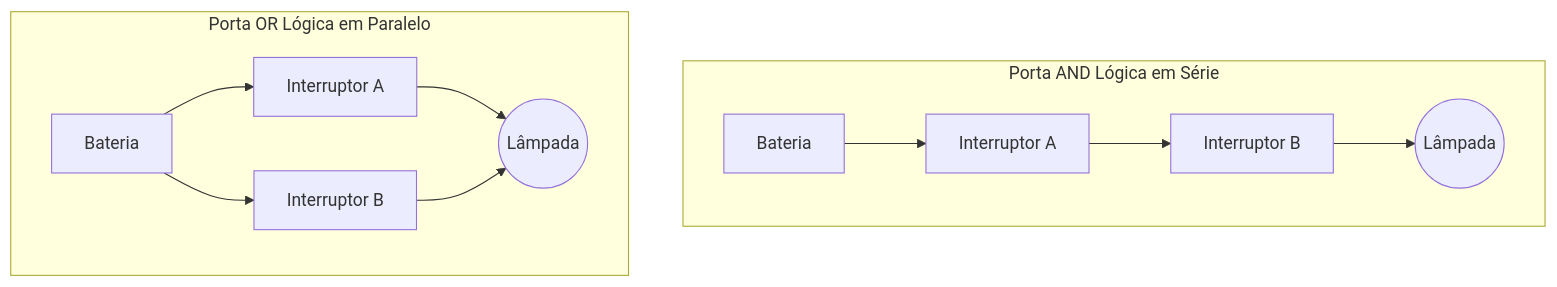
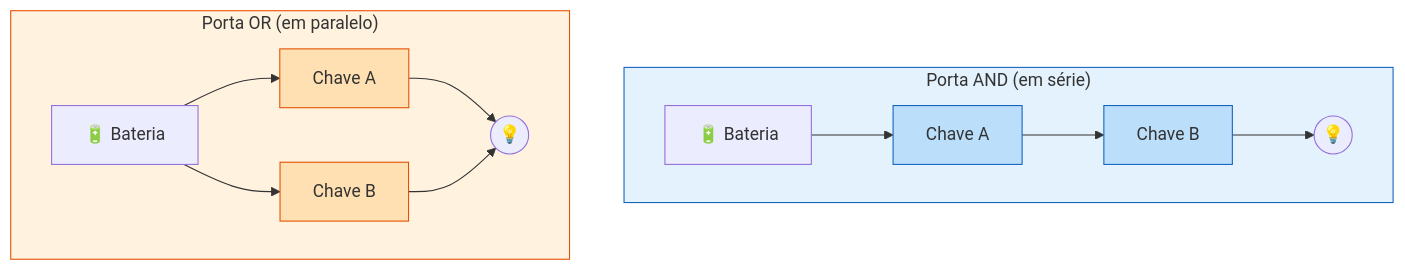
The fourth of 6 diagrams in blog/content/post/histComp02.md (scovl/scovl.github.io), drawn with Mermaid before and after one commit. The commit also changed other lines of this file and 98 other files, not shown here.

````diff
--- a/blog/content/post/histComp02.md
+++ b/blog/content/post/histComp02.md
@@ -73,16 +178,22 @@
 ```mermaid
-graph TD
-    subgraph Porta AND Lógica em Série
-    A1[Bateria] --> S1[Interruptor A]
-    S1 --> S2[Interruptor B]
-    S2 --> L1((Lâmpada))
-    end
-    
-    subgraph Porta OR Lógica em Paralelo
-    A2[Bateria] --> S3[Interruptor A]
-    A2 --> S4[Interruptor B]
-    S3 --> L2((Lâmpada))
-    S4 --> L2
+flowchart TD
+    subgraph AND["Porta AND (em série)"]
+        direction LR
+        A1["🔋 Bateria"] --> S1["Chave A"] --> S2["Chave B"] --> L1(("💡"))
     end
 
+    subgraph OR["Porta OR (em paralelo)"]
+        direction LR
+        A2["🔋 Bateria"] --> S3["Chave A"]
+        A2 --> S4["Chave B"]
+        S3 --> L2(("💡"))
+        S4 --> L2
+    end
+
+    style AND fill:#e3f2fd,stroke:#1565c0
+    style OR fill:#fff3e0,stroke:#e65100
+    style S1 fill:#bbdefb,stroke:#1565c0
+    style S2 fill:#bbdefb,stroke:#1565c0
+    style S3 fill:#ffe0b2,stroke:#e65100
+    style S4 fill:#ffe0b2,stroke:#e65100
 ```
````
